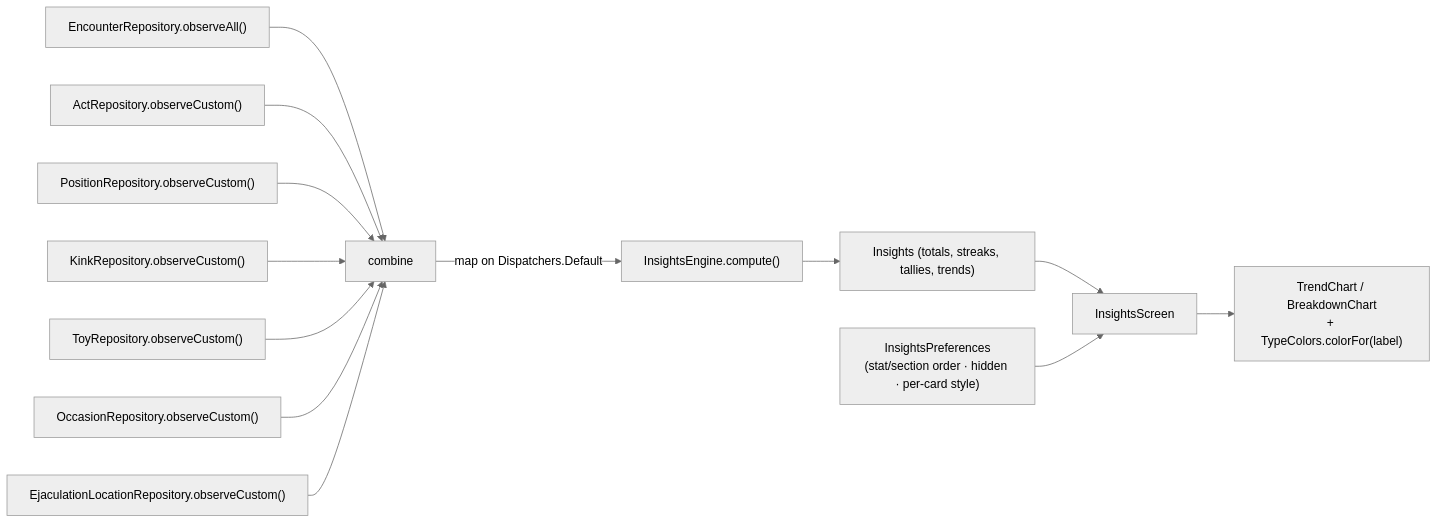
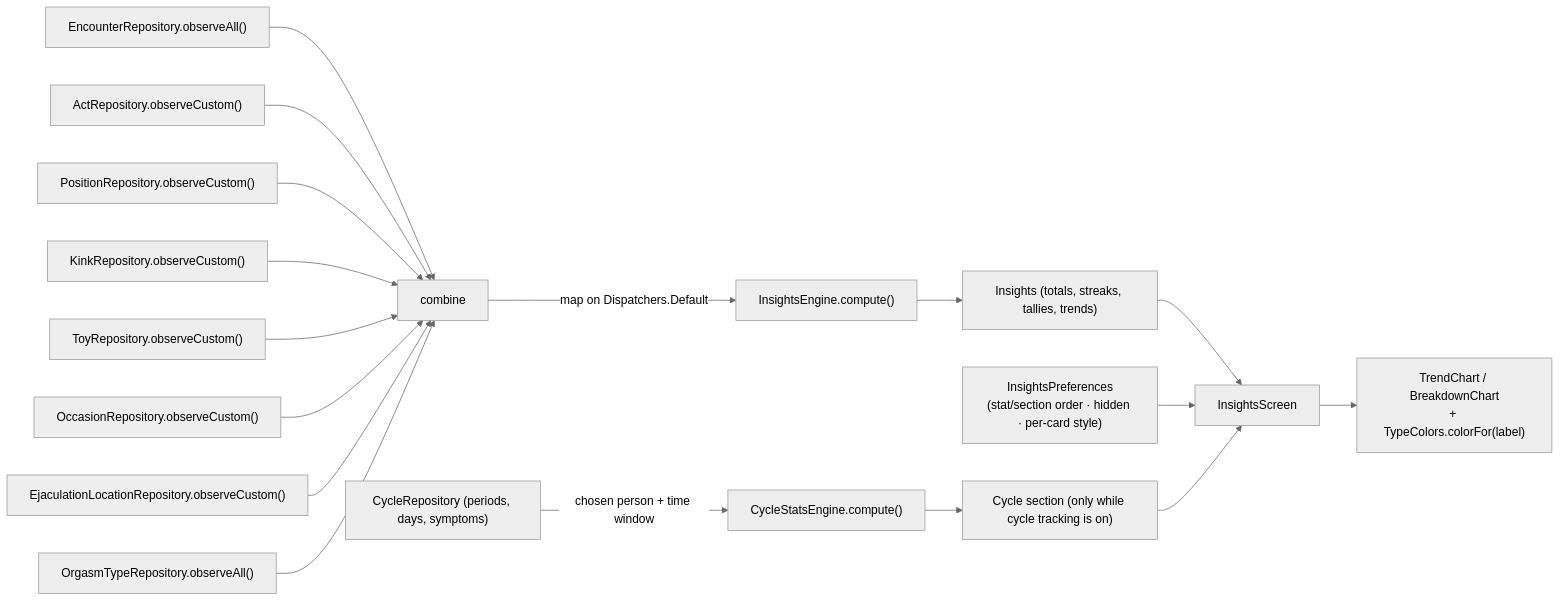
The sixth of 10 diagrams in docs/FLOWCHARTS.md (herbiewalker/tryst), drawn with Mermaid (neutral theme) before and after one commit. The commit also changed other lines of this file and 11 other files, not shown here.

````diff
--- a/docs/FLOWCHARTS.md
+++ b/docs/FLOWCHARTS.md
@@ -151,15 +151,19 @@
 ```mermaid
 flowchart LR
     R1["EncounterRepository.observeAll()"] --> CMB["combine"]
     R2["ActRepository.observeCustom()"] --> CMB
     R3["PositionRepository.observeCustom()"] --> CMB
     R4["KinkRepository.observeCustom()"] --> CMB
     R5["ToyRepository.observeCustom()"] --> CMB
     R6["OccasionRepository.observeCustom()"] --> CMB
     R7["EjaculationLocationRepository.observeCustom()"] --> CMB
+    R8["OrgasmTypeRepository.observeAll()"] --> CMB
     CMB -->|"map on Dispatchers.Default"| ENG["InsightsEngine.compute()"]
     ENG --> INS["Insights (totals, streaks, tallies, trends)"]
     INS --> SCR["InsightsScreen"]
     PREFS["InsightsPreferences<br/>(stat/section order · hidden · per-card style)"] --> SCR
     SCR --> CH["TrendChart / BreakdownChart<br/>+ TypeColors.colorFor(label)"]
+    CYC["CycleRepository (periods, days, symptoms)"] -->|"chosen person + time window"| CSE["CycleStatsEngine.compute()"]
+    CSE --> CC["Cycle section (only while cycle tracking is on)"]
+    CC --> SCR
 ```
````
